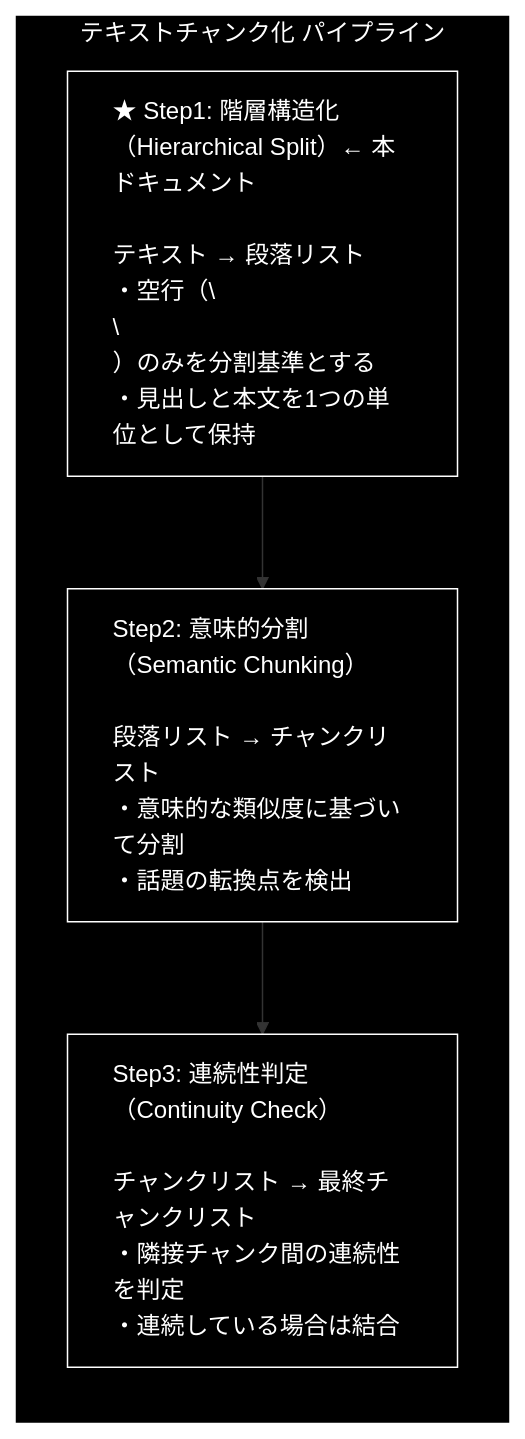
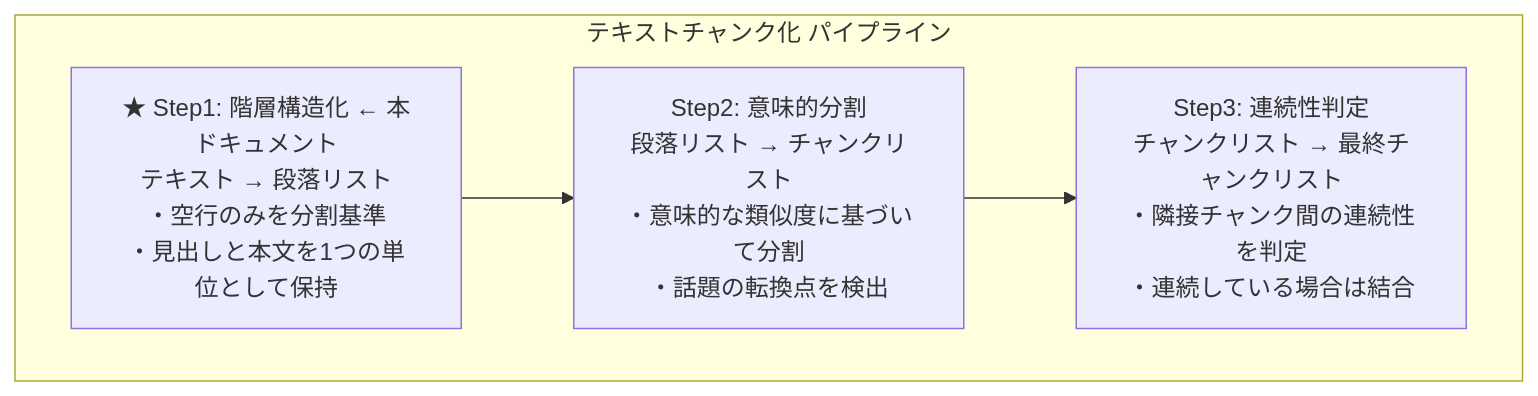
Before and after one commit to nakashima2toshio/gemini_grace_agent: the second of 5 diagrams in chunking/doc/step1.md, drawn with Mermaid. The commit also changed other lines of this file and 134 other files, not shown here.

````diff
--- a/chunking/doc/step1.md
+++ b/chunking/doc/step1.md
@@ -80,20 +140,13 @@
 ```mermaid
-graph TD
+flowchart TB
     subgraph PIPELINE["テキストチャンク化 パイプライン"]
-        direction TB
+        STEP1["★ Step1: 階層構造化 ← 本ドキュメント<br/>テキスト → 段落リスト<br/>・空行のみを分割基準<br/>・見出しと本文を1つの単位として保持"]
 
-        STEP1["<div style='text-align:left'>★ Step1: 階層構造化（Hierarchical Split）← 本ドキュメント<br/><br/>テキスト → 段落リスト<br/>・空行（\\n\\n）のみを分割基準とする<br/>・見出しと本文を1つの単位として保持</div>"]
+        STEP2["Step2: 意味的分割<br/>段落リスト → チャンクリスト<br/>・意味的な類似度に基づいて分割<br/>・話題の転換点を検出"]
 
-        STEP2["<div style='text-align:left'>Step2: 意味的分割（Semantic Chunking）<br/><br/>段落リスト → チャンクリスト<br/>・意味的な類似度に基づいて分割<br/>・話題の転換点を検出</div>"]
-
-        STEP3["<div style='text-align:left'>Step3: 連続性判定（Continuity Check）<br/><br/>チャンクリスト → 最終チャンクリスト<br/>・隣接チャンク間の連続性を判定<br/>・連続している場合は結合</div>"]
+        STEP3["Step3: 連続性判定<br/>チャンクリスト → 最終チャンクリスト<br/>・隣接チャンク間の連続性を判定<br/>・連続している場合は結合"]
 
         STEP1 --> STEP2
         STEP2 --> STEP3
     end
-
-    style PIPELINE fill:#000000,stroke:#ffffff,color:#ffffff
-    style STEP1 fill:#000000,stroke:#ffffff,color:#ffffff
-    style STEP2 fill:#000000,stroke:#ffffff,color:#ffffff
-    style STEP3 fill:#000000,stroke:#ffffff,color:#ffffff
 ```
````
